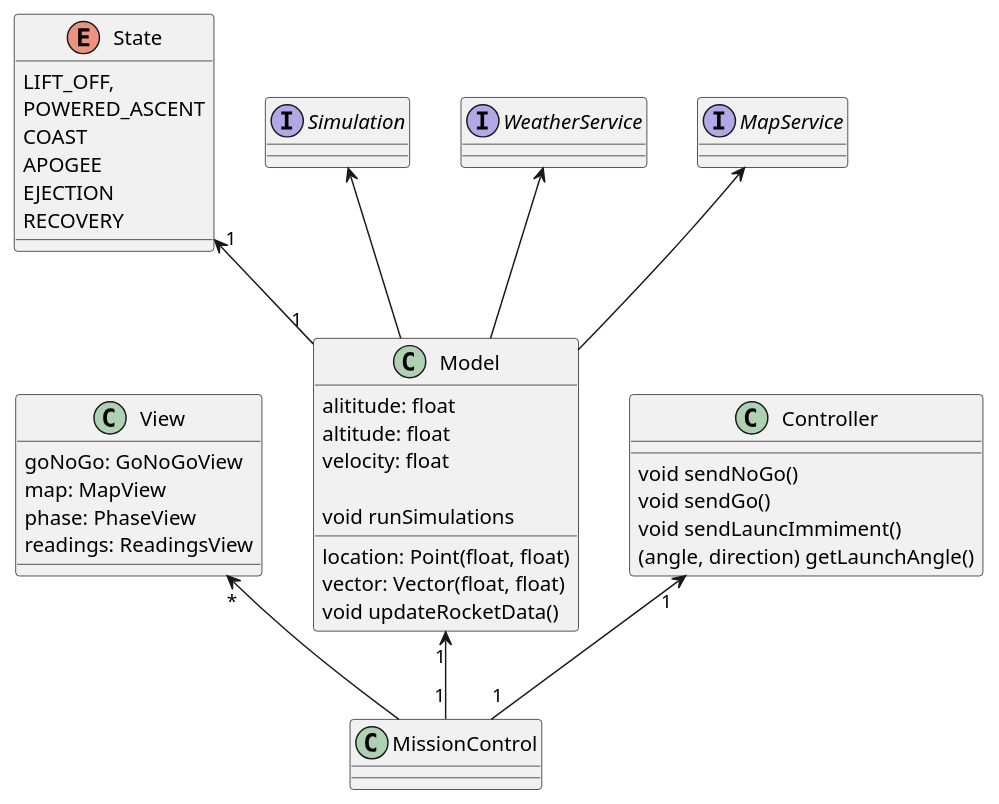
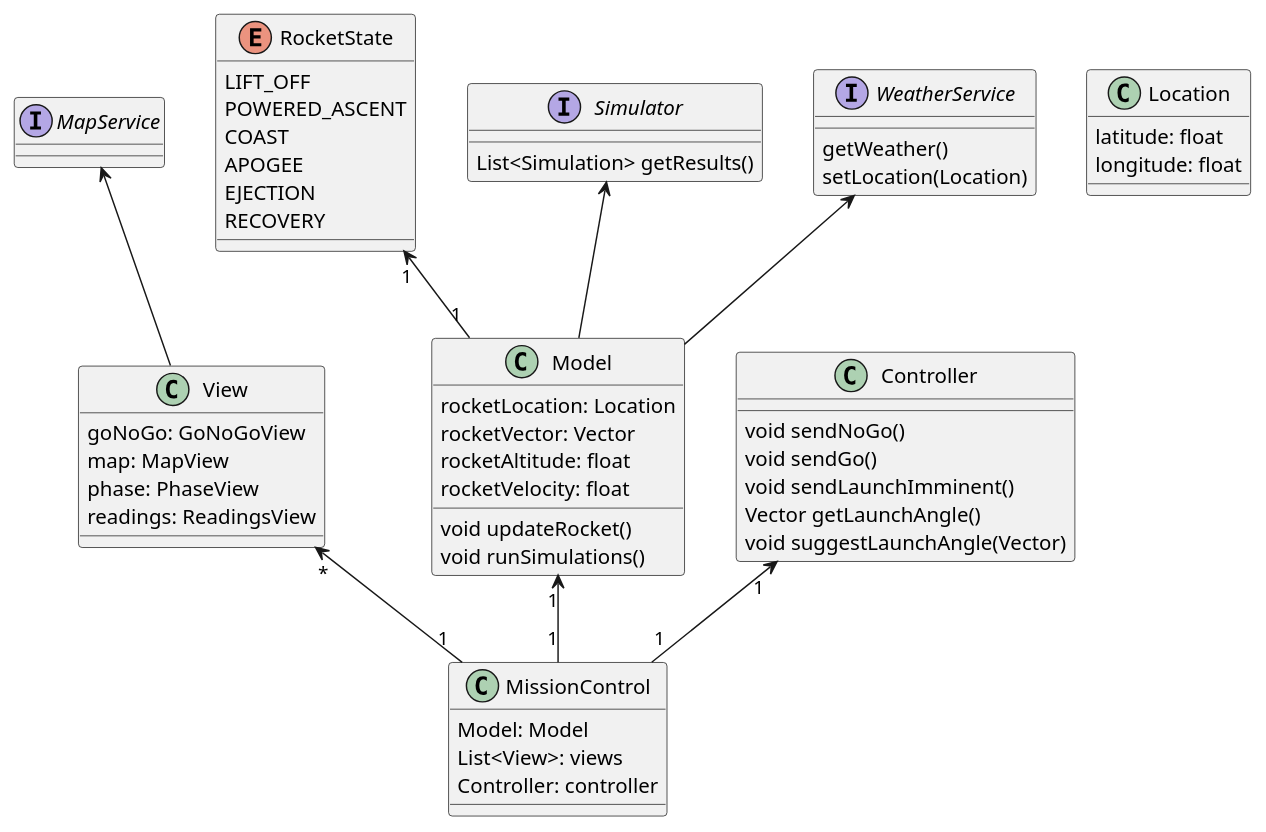
The diagram in uml_diagrams/class_diagram/class_diagram.puml (andrewellio/mission-control-), drawn with PlantUML before and after one commit.

Commit message:
restructuring

```diff
--- a/uml_diagrams/class_diagram/class_diagram.puml
+++ b/uml_diagrams/class_diagram/class_diagram.puml
@@ -1,53 +1,65 @@
 @startuml
 class MissionControl {
-
+    Model: Model
+    List<View>: views
+    Controller: controller
 }
 
 class View {
   goNoGo: GoNoGoView
   map: MapView
   phase: PhaseView
   readings: ReadingsView
 }
 
 class Model {
-  alititude: float
-  location: Point(float, float)
-  vector: Vector(float, float)
-  altitude: float
-  velocity: float
+  rocketLocation: Location
+  rocketVector: Vector
+  rocketAltitude: float
+  rocketVelocity: float
 
-  void updateRocketData()
-  void runSimulations
+  void updateRocket()
+  void runSimulations()
 }
 
 class Controller {
   void sendNoGo()
   void sendGo()
-  void sendLauncImmiment()
-  (angle, direction) getLaunchAngle()
+  void sendLaunchImminent()
+  Vector getLaunchAngle()
+  void suggestLaunchAngle(Vector)
 }
 
-View "*" <-- MissionControl
+View "*" <-- "1" MissionControl
 Model "1" <-- "1" MissionControl
 Controller "1" <-- "1" MissionControl
 
-enum State {
-  LIFT_OFF,
+enum RocketState {
+  LIFT_OFF
   POWERED_ASCENT
   COAST
   APOGEE
   EJECTION
   RECOVERY
 }
 
-State "1" <-- "1" Model
+class Location {
+    latitude: float
+    longitude: float
+}
 
-interface Simulation
-interface WeatherService
+RocketState "1" <-- "1" Model
+
+interface Simulator {
+    List<Simulation> getResults()
+}
+interface WeatherService {
+    getWeather()
+    setLocation(Location)
+}
 interface MapService
 
-Simulation <-- Model
+Simulator <-- Model
 WeatherService <-- Model
-MapService <-- Model
+MapService <-- View
 @enduml
```
